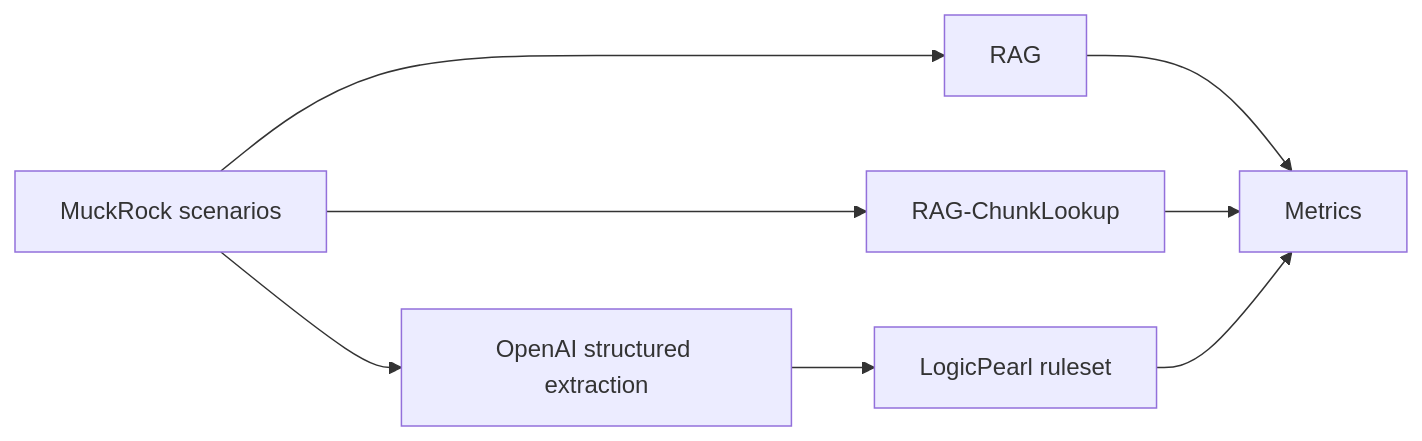
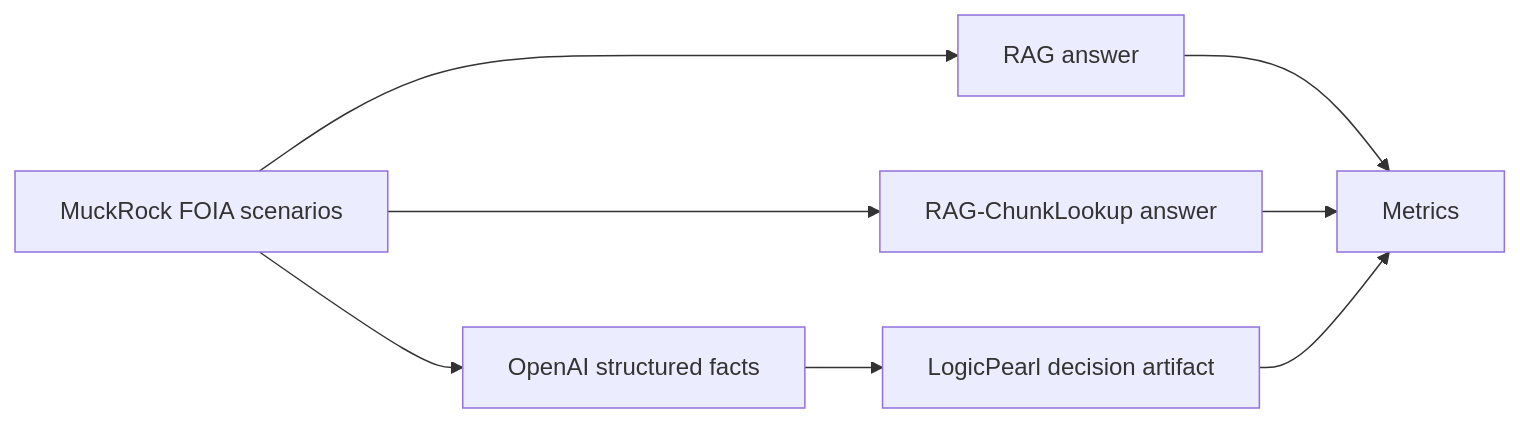
The diagram in README.md (LogicPearlHQ/rag-vs-pag), drawn with Mermaid before and after one commit. The commit also changed other lines of this file and 1 other file, not shown here.

````diff
--- a/README.md
+++ b/README.md
@@ -17,10 +55,10 @@
 ```mermaid
 flowchart LR
-  S["MuckRock scenarios"] --> E["OpenAI structured extraction"]
-  S --> R["RAG"]
-  S --> C["RAG-ChunkLookup"]
-  E --> L["LogicPearl ruleset"]
+  S["MuckRock FOIA scenarios"] --> R["RAG answer"]
+  S --> C["RAG-ChunkLookup answer"]
+  S --> E["OpenAI structured facts"]
+  E --> L["LogicPearl decision artifact"]
   R --> M["Metrics"]
   C --> M
   L --> M
 ```
````
